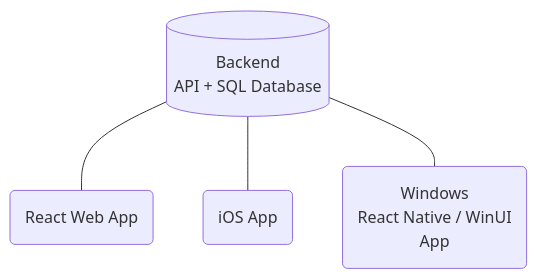
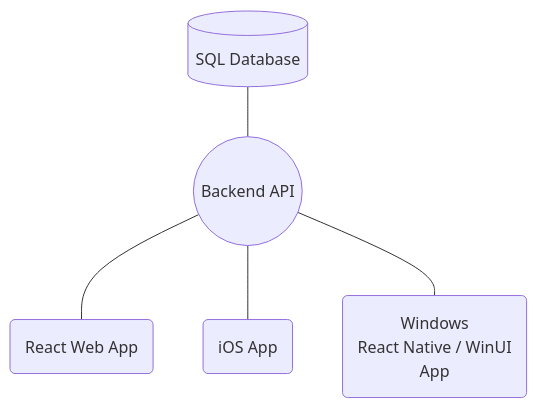
One commit to LowComDenom/wellness-calendar changed the first of 4 diagrams in README.md. Above: the diagram before and after it, drawn with Mermaid.

Commit message:
fix structure

````diff
--- a/README.md
+++ b/README.md
@@ -9,10 +9,9 @@
 ```mermaid
 flowchart TD
-1[(Backend
-API + SQL Database)]
-1 --- 2.1(React Web App)
-1 --- 2.2(iOS App)
-1 --- 2.3(Windows
+1[(SQL Database)] --- 2((Backend API))
+2 --- 3.1(React Web App)
+2 --- 3.2(iOS App)
+2 --- 3.3(Windows
           React Native / WinUI
           App)
 ```
````
